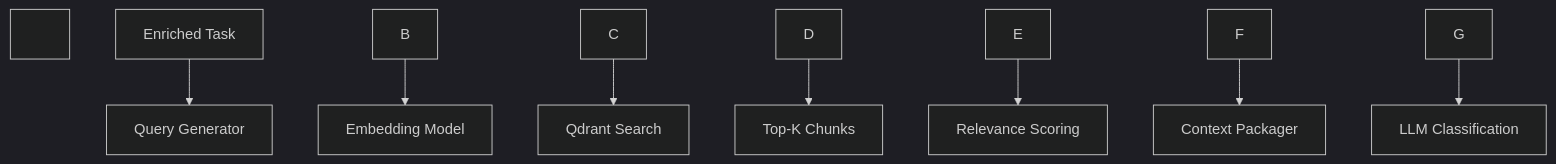
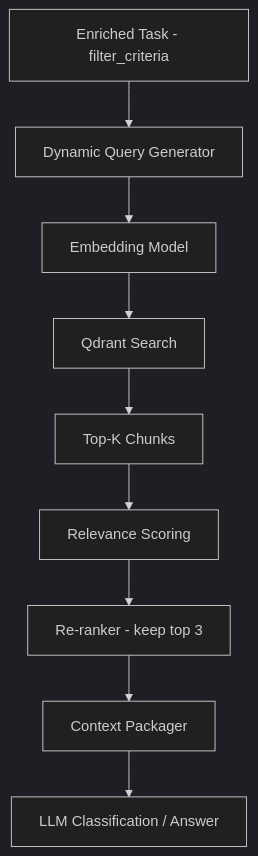
Before and after one commit to ethan-tran-mfv/aiagt-precision-triage: the sixth of 13 diagrams in docs/diagram.md, drawn with Mermaid (dark theme). The commit also changed other lines of this file and 19 other files, not shown here.

````diff
--- a/docs/diagram.md
+++ b/docs/diagram.md
@@ -267,19 +176,11 @@
 ```mermaid
-
 flowchart TD
-
-&nbsp;   A\[Enriched Task] --> B\[Query Generator]
-
-&nbsp;   B --> C\[Embedding Model]
-
-&nbsp;   C --> D\[Qdrant Search]
-
-&nbsp;   D --> E\[Top-K Chunks]
-
-&nbsp;   E --> F\[Relevance Scoring]
-
-&nbsp;   F --> G\[Context Packager]
-
-&nbsp;   G --> H\[LLM Classification]
-
+    A[Enriched Task - filter_criteria] --> B[Dynamic Query Generator]
+    B --> C[Embedding Model]
+    C --> D[Qdrant Search]
+    D --> E[Top-K Chunks]
+    E --> F[Relevance Scoring]
+    F --> G[Re-ranker - keep top 3]
+    G --> H[Context Packager]
+    H --> I[LLM Classification / Answer]
 ```
````
